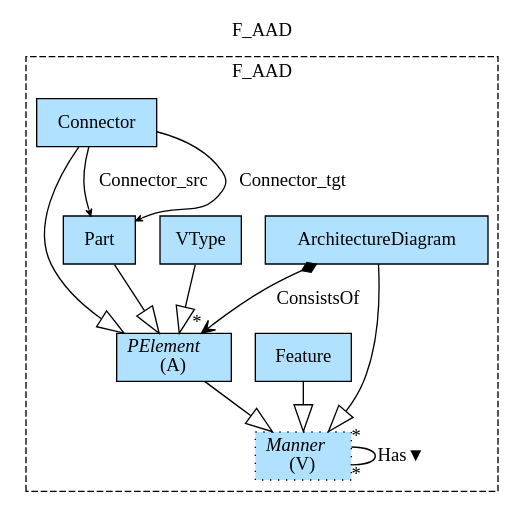
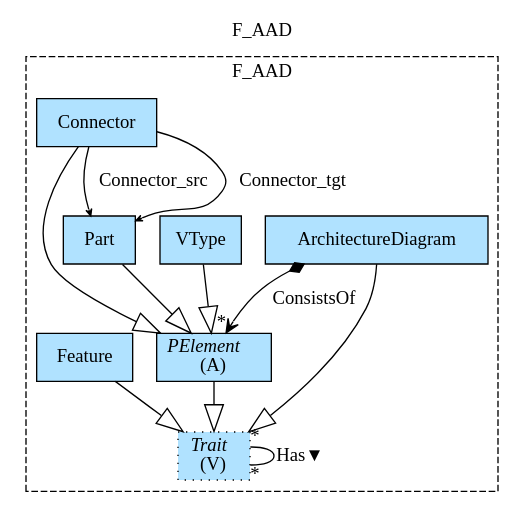
One commit to namalio/Fragmenta changed the diagram in Haskell/IntoSysML/MM/img/F_AAD.gv. Above: the diagram before and after it, drawn with Graphviz. The commit also changed 109 other files, not shown here.

```diff
--- a/Haskell/IntoSysML/MM/img/F_AAD.gv
+++ b/Haskell/IntoSysML/MM/img/F_AAD.gv
@@ -1,23 +1,23 @@
 digraph {graph[label=F_AAD,labelloc=tl,labelfontsize=12];
 subgraph cluster_F_AAD{style=dashed;label=F_AAD;
 "ArchitectureDiagram"[shape=record,fillcolor=lightskyblue1,style = filled,label="ArchitectureDiagram"];
+"Trait"[shape=record,fillcolor=lightskyblue1,style ="filled,dotted",label=<{<I>Trait</I><br/>(V)}>];
+"PElement"[shape=record,fillcolor=lightskyblue1,style = filled,label=<{<I>PElement</I><br/>(A)}>];
+"VType"[shape=record,fillcolor=lightskyblue1,style = filled,label="VType"];
+"Part"[shape=record,fillcolor=lightskyblue1,style = filled,label="Part"];
+"Connector"[shape=record,fillcolor=lightskyblue1,style = filled,label="Connector"];
 "Feature"[shape=record,fillcolor=lightskyblue1,style = filled,label="Feature"];
-"Manner"[shape=record,fillcolor=lightskyblue1,style ="filled,dotted",label=<{<I>Manner</I><br/>(V)}>];
-"VType"[shape=record,fillcolor=lightskyblue1,style = filled,label="VType"];
-"PElement"[shape=record,fillcolor=lightskyblue1,style = filled,label=<{<I>PElement</I><br/>(A)}>];
-"Connector"[shape=record,fillcolor=lightskyblue1,style = filled,label="Connector"];
-"Part"[shape=record,fillcolor=lightskyblue1,style = filled,label="Part"];
 
 "ArchitectureDiagram"->"PElement"[label="ConsistsOf",arrowhead=vee,arrowtail=diamond,dir=both,headlabel="*"];
-"Manner"->"Manner"[label="Has▼",dir=none,taillabel="*",headlabel="*"];
-"ArchitectureDiagram"->"Manner"[arrowhead=onormal,arrowsize=2.0];
-"PElement"->"Manner"[arrowhead=onormal,arrowsize=2.0];
-"Feature"->"Manner"[arrowhead=onormal,arrowsize=2.0];
+"Trait"->"Trait"[label="Has▼",dir=none,taillabel="*",headlabel="*"];
+"ArchitectureDiagram"->"Trait"[arrowhead=onormal,arrowsize=2.0];
+"PElement"->"Trait"[arrowhead=onormal,arrowsize=2.0];
+"Feature"->"Trait"[arrowhead=onormal,arrowsize=2.0];
 "Part"->"PElement"[arrowhead=onormal,arrowsize=2.0];
 "Connector"->"PElement"[arrowhead=onormal,arrowsize=2.0];
 "VType"->"PElement"[arrowhead=onormal,arrowsize=2.0];
 "Connector"->"Part"[label="Connector_src",arrowhead=vee,headlabel="",arrowsize=.5];
 "Connector"->"Part"[label="Connector_tgt",arrowhead=vee,headlabel="",arrowsize=.5];
 
 }
 }
```
